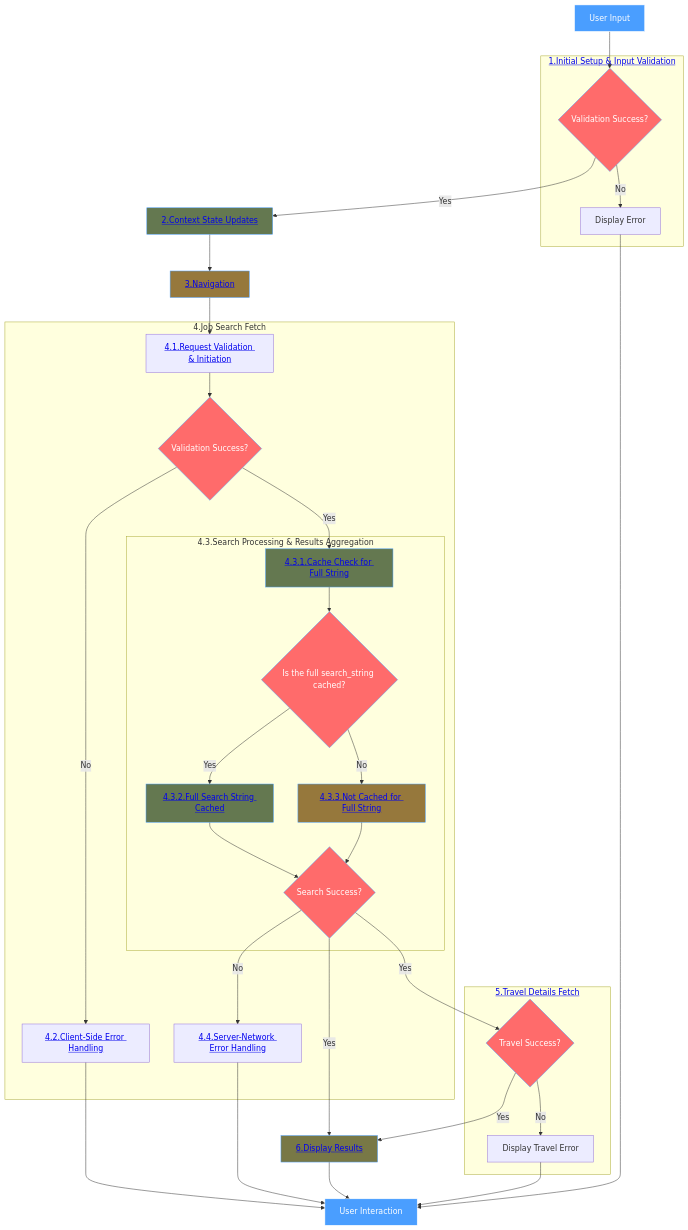
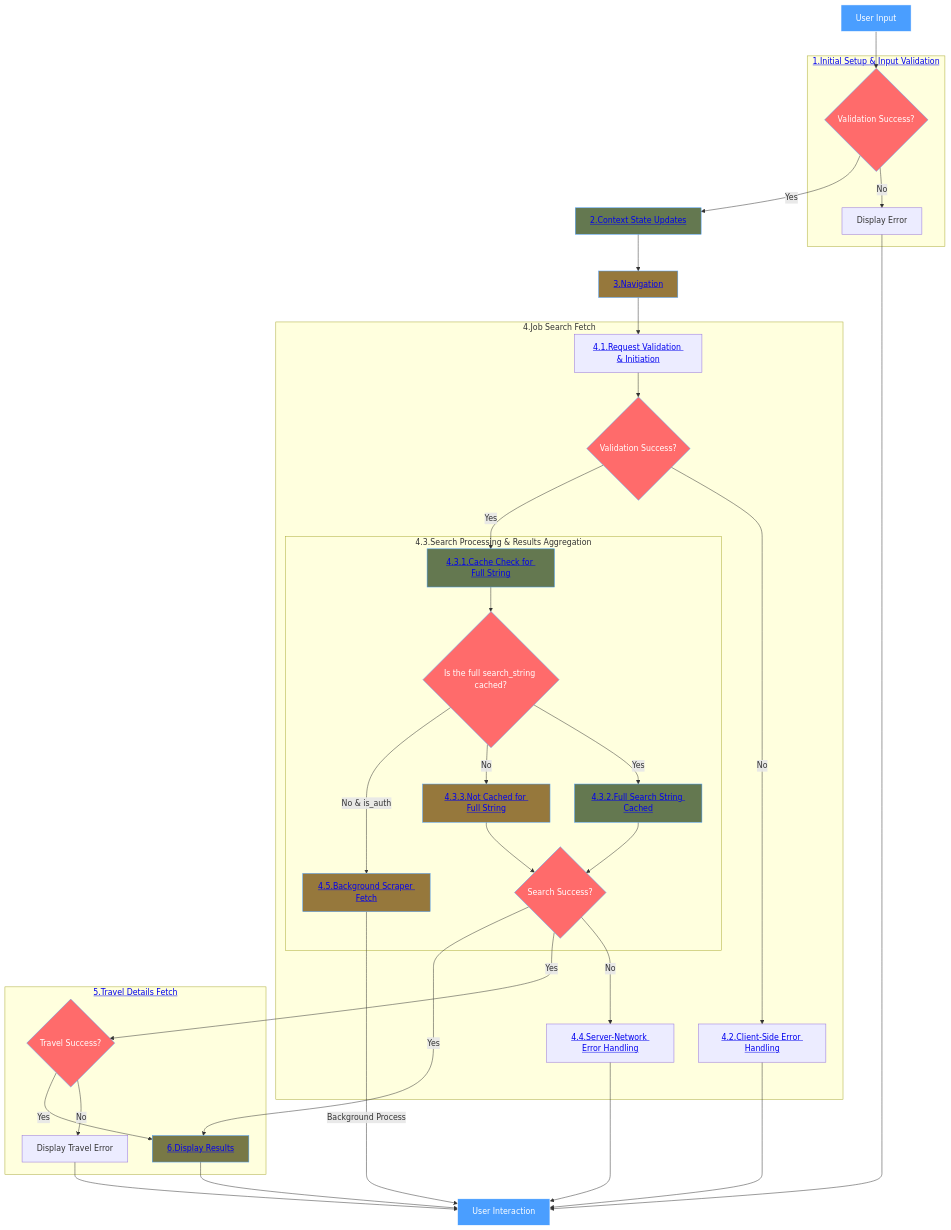
The diagram in documentation/jobFetch/_JobFetchFlowchart.md (YahyaAl-Ademi/2025.10.23-JobCompass), drawn with Mermaid before and after one commit. The commit also changed other lines of this file and 7 other files, not shown here.

````diff
--- a/documentation/jobFetch/_JobFetchFlowchart.md
+++ b/documentation/jobFetch/_JobFetchFlowchart.md
@@ -1,48 +16,59 @@
 ```mermaid
 flowchart TD
     A[User Input] --> B{Validation Success?}
     subgraph Validation["<a href='./1.Initial%20Setup%20&%20Input%20Validation.md'>1.Initial Setup & Input Validation</a>"]
     B -->|No| C[Display Error]
     end
     B -->|Yes| D["<a href='./2.Context%20State%20Updates.md'>2.Context State Updates</a>"]
     D --> E["<a href='./3.Navigation.md'>3.Navigation</a>"]
     E --> F["<a href='./4.1.Request%20Validation%20&%20Initiation.md'>4.1.Request Validation & Initiation</a>"]
+
     subgraph JobSearch[4.Job Search Fetch]
-    F --> G{Validation Success?}
-    G -->|No| H["<a href='./4.2.Client-Side%20Error%20Handling.md'>4.2.Client-Side Error Handling</a>"]
-    L -->|No| J["<a href='./4.4.Server-Network%20Error%20Handling.md'>4.4.Server-Network Error Handling</a>"]
-    G -->|Yes| Q["<a href='./4.3.1.Cache%20Check%20for%20Full%20String.md'>4.3.1.Cache Check for Full String</a>"]
-    subgraph SearchProcessing["4.3.Search Processing & Results Aggregation"]
-    Q --> Q2{Is the full search_string cached?}
-    Q2 -->|Yes| R["<a href='./4.3.2.Full%20Search%20String%20Cached.md'>4.3.2.Full Search String Cached</a>"]
-    Q2 -->|No| S["<a href='./4.3.3.Not%20Cached%20for%20Full%20String.md'>4.3.3.Not Cached for Full String</a>"]
-    R --> L{Search Success?}
-    S --> L
+        F --> G{Validation Success?}
+        G -->|No| H["<a href='./4.2.Client-Side%20Error%20Handling.md'>4.2.Client-Side Error Handling</a>"]
+        G -->|Yes| Q["<a href='./4.3.1.Cache%20Check%20for%20Full%20String.md'>4.3.1.Cache Check for Full String</a>"]
+
+        subgraph SearchProcessing["4.3.Search Processing & Results Aggregation"]
+            Q --> Q2{Is the full search_string cached?}
+            Q2 -->|Yes| R["<a href='./4.3.2.Full%20Search%20String%20Cached.md'>4.3.2.Full Search String Cached</a>"]
+            Q2 -->|No| S["<a href='./4.3.3.Not%20Cached%20for%20Full%20String.md'>4.3.3.Not Cached for Full String</a>"]
+
+            Q2 -->|No & is_auth| T["<a href='./4.5.Background%20Scraper%20Fetch.md'>4.5.Background Scraper Fetch</a>"]
+
+            R --> L{Search Success?}
+            S --> L
+        end
+
+        L -->|No| J["<a href='./4.4.Server-Network%20Error%20Handling.md'>4.4.Server-Network Error Handling</a>"]
     end
-    end
-    H -->P[User Interaction]
-    J -->P
+
+    H --> P[User Interaction]
+    J --> P
     L -->|Yes| M{Travel Success?}
     L -->|Yes| O["<a href='./6.Display%20Results.md'>6.Display Results</a>"]
+
     subgraph TravelDetails["<a href='./5.Travel%20Details%20Fetch.md'>5.Travel Details Fetch</a>"]
-    M -->|No| N[Display Travel Error]
+        M -->|No| N[Display Travel Error]
+        M -->|Yes| O
     end
-    M -->|Yes| O["<a href='./6.Display%20Results.md'>6.Display Results</a>"]
+
     O --> P[User Interaction]
     N --> P
     C --> P
+    T -->|Background Process| P
 
     style A fill:#4a9eff,stroke:#fff,color:#fff
     style B fill:#ff6b6b,stroke:#4a9eff,color:#fff
     style D fill:#647850,stroke:#4a9eff,color:#fff
     style E fill:#96783c,stroke:#4a9eff,color:#fff
     style G fill:#ff6b6b,stroke:#4a9eff,color:#fff
     style Q fill:#647850,stroke:#4a9eff,color:#fff
     style Q2 fill:#ff6b6b,stroke:#4a9eff,color:#fff
     style R fill:#647850,stroke:#4a9eff,color:#fff
     style S fill:#96783c,stroke:#4a9eff,color:#fff
+    style T fill:#96783c,stroke:#4a9eff,color:#fff
     style M fill:#ff6b6b,stroke:#4a9eff,color:#fff
     style O fill:#787846,stroke:#4a9eff,color:#fff
     style P fill:#4a9eff,stroke:#fff,color:#fff
     style L fill:#ff6b6b,stroke:#4a9eff,color:#fff
 ```
````
